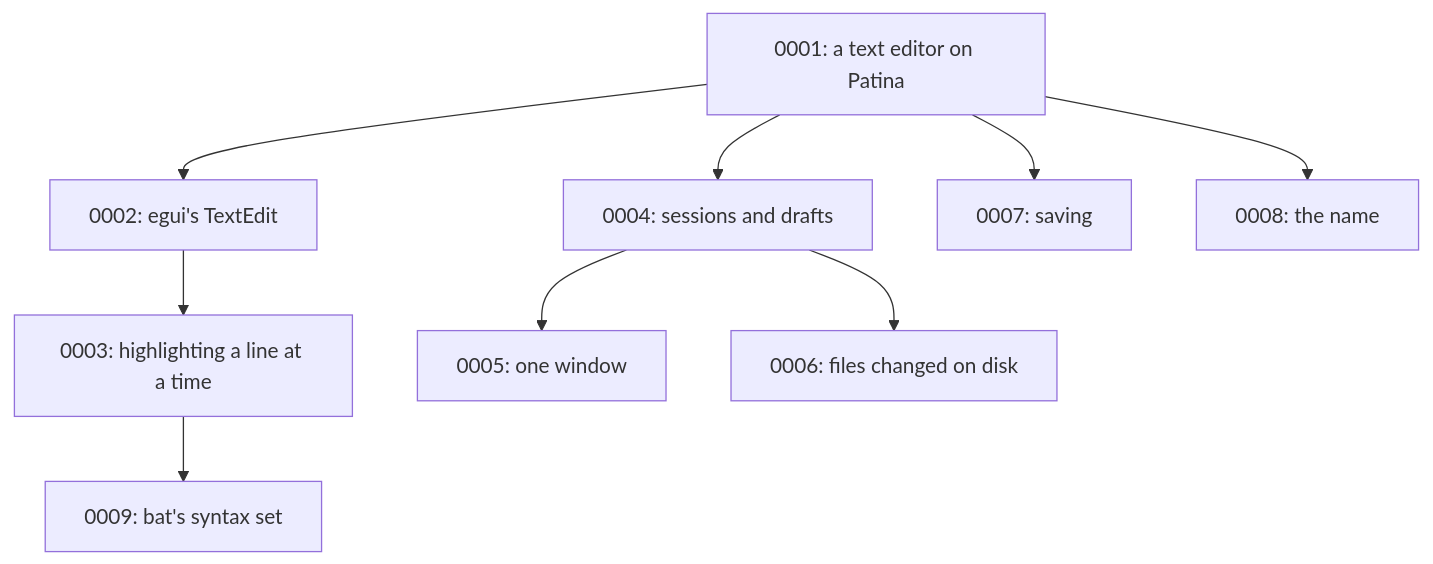
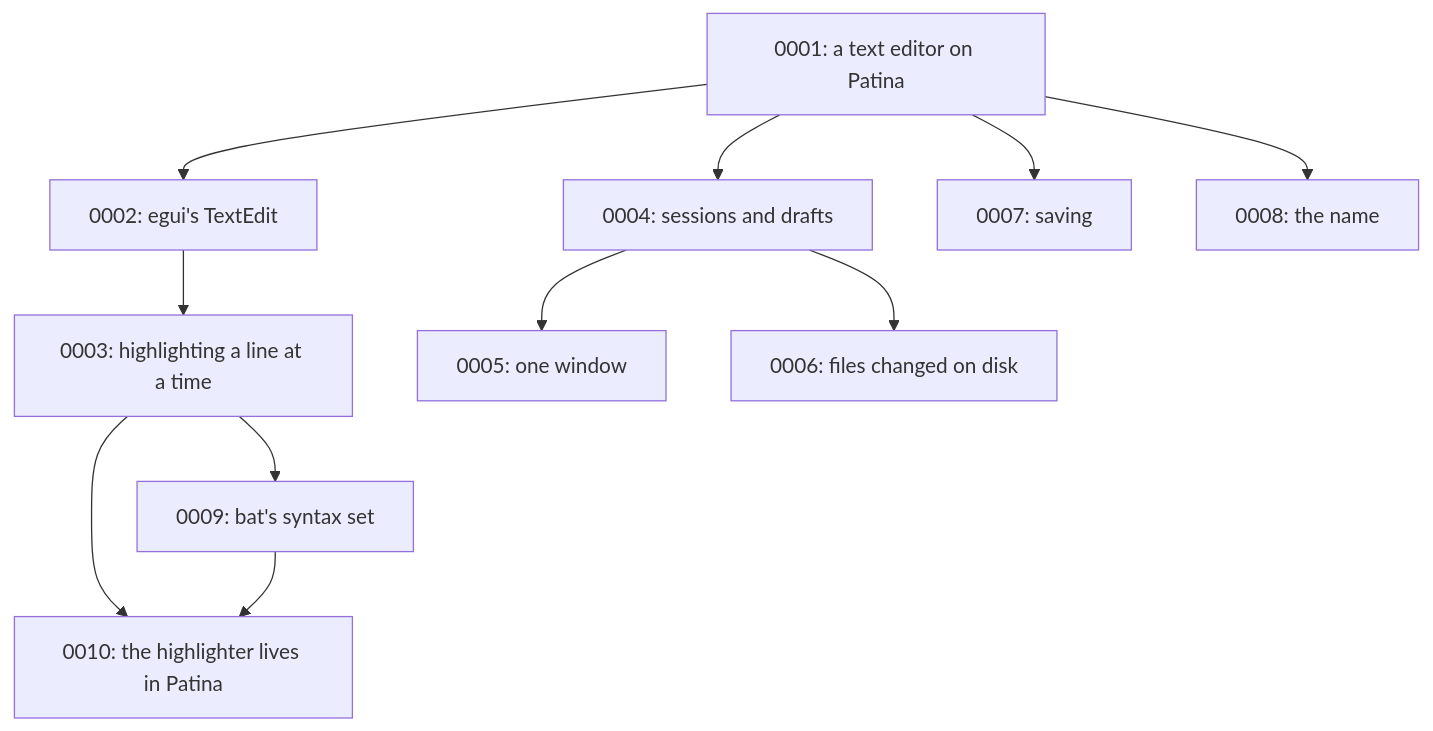
The diagram in editor/docs/adr/README.md (Sector-F-Labs/patina-desktop), drawn with Mermaid before and after one commit. The commit also changed other lines of this file and 10 other files, not shown here.

Commit message:
Highlighting from patina::highlight, where the highlighter moved (ADR-0010)

````diff
--- a/editor/docs/adr/README.md
+++ b/editor/docs/adr/README.md
@@ -56,11 +57,13 @@
 ```mermaid
 flowchart TD
     A[0001: a text editor on Patina] --> B[0002: egui's TextEdit]
     B --> C[0003: highlighting a line at a time]
     A --> D[0004: sessions and drafts]
     D --> E[0005: one window]
     D --> F[0006: files changed on disk]
     A --> G[0007: saving]
     A --> H[0008: the name]
     C --> I[0009: bat's syntax set]
+    C --> J[0010: the highlighter lives in Patina]
+    I --> J
 ```
````
